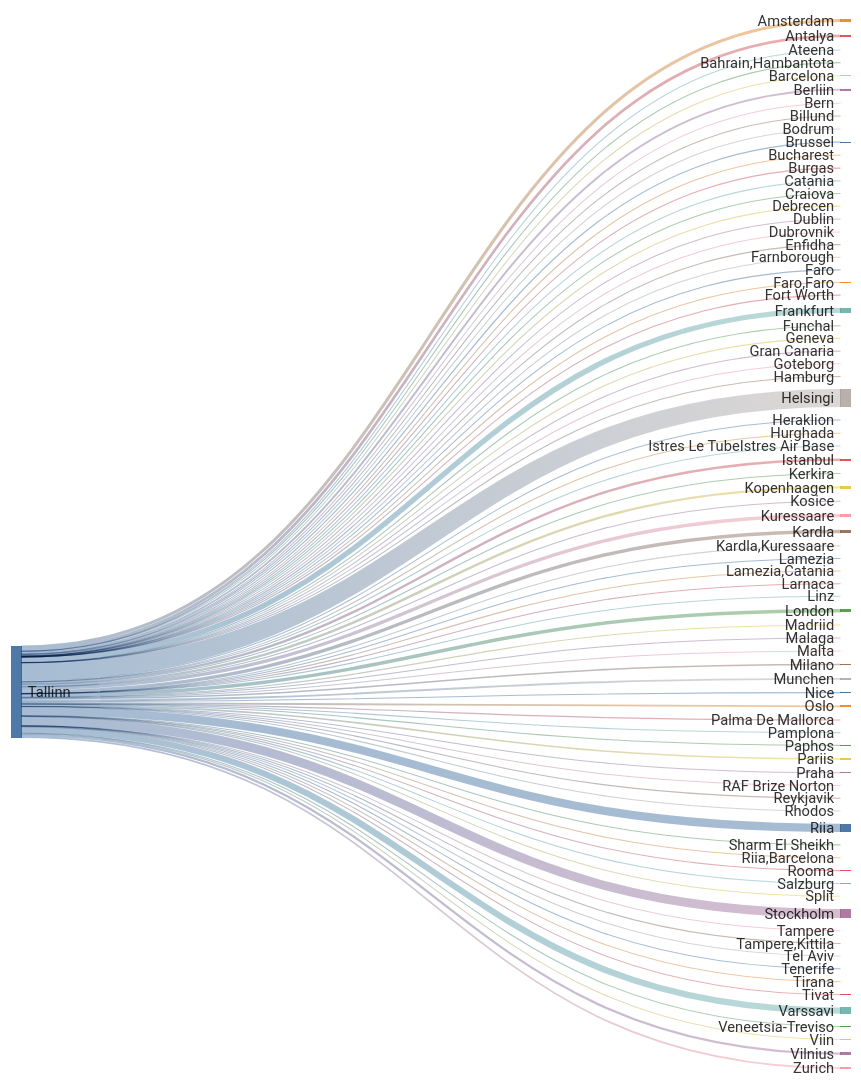
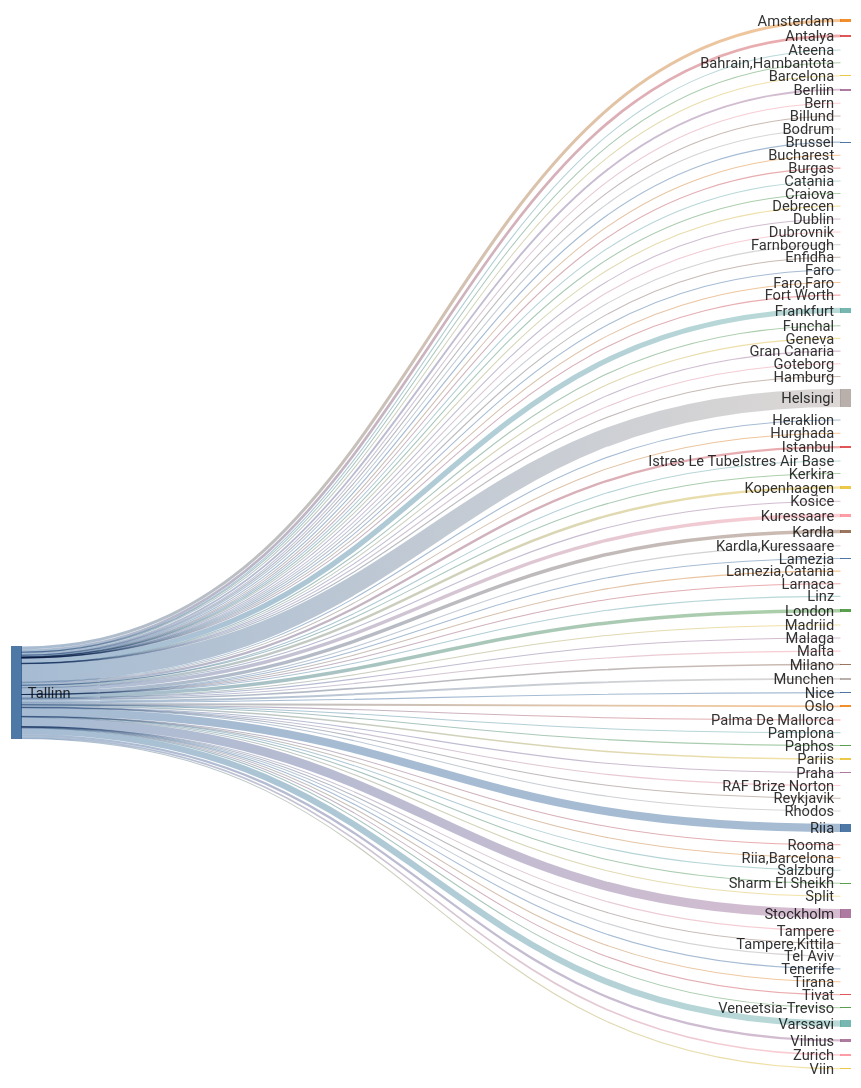
One commit to rainermesi/tll-airport-departures changed the second of 2 diagrams in README.md. Above: the diagram before and after it, drawn with Mermaid. The commit also changed other lines of this file and 1 other file, not shown here.

````diff
--- a/README.md
+++ b/README.md
@@ -41,16 +41,16 @@
 ---
 sankey-beta
 %% source,target,value
-Tallinn,Amsterdam,541
-Tallinn,Antalya,488
+Tallinn,Amsterdam,543
+Tallinn,Antalya,491
 Tallinn,Ateena,16
 Tallinn,"Bahrain,Hambantota",1
-Tallinn,Barcelona,151
+Tallinn,Barcelona,153
 Tallinn,Berliin,340
 Tallinn,Bern,1
-Tallinn,Billund,85
+Tallinn,Billund,86
 Tallinn,Bodrum,12
-Tallinn,Brussel,208
+Tallinn,Brussel,209
 Tallinn,Bucharest,1
 Tallinn,Burgas,67
 Tallinn,Catania,2
@@ -63,30 +63,30 @@
 Tallinn,Faro,4
 Tallinn,"Faro,Faro",1
 Tallinn,Fort Worth,1
-Tallinn,Frankfurt,960
+Tallinn,Frankfurt,963
 Tallinn,Funchal,6
 Tallinn,Geneva,13
 Tallinn,Gran Canaria,38
 Tallinn,Goteborg,2
 Tallinn,Hamburg,2
-Tallinn,Helsingi,3225
-Tallinn,Heraklion,117
+Tallinn,Helsingi,3235
+Tallinn,Heraklion,118
 Tallinn,Hurghada,75
-Tallinn,Istanbul,419
+Tallinn,Istanbul,420
 Tallinn,Istres Le TubeIstres Air Base,2
 Tallinn,Kerkira,4
-Tallinn,Kopenhaagen,441
+Tallinn,Kopenhaagen,443
 Tallinn,Kosice,1
-Tallinn,Kuressaare,610
-Tallinn,Kardla,612
+Tallinn,Kuressaare,612
+Tallinn,Kardla,614
 Tallinn,"Kardla,Kuressaare",1
 Tallinn,Lamezia,2
 Tallinn,"Lamezia,Catania",3
 Tallinn,Larnaca,5
 Tallinn,Linz,2
-Tallinn,London,623
+Tallinn,London,625
 Tallinn,Madriid,4
-Tallinn,Malaga,131
+Tallinn,Malaga,132
 Tallinn,Malta,33
 Tallinn,Milano,280
 Tallinn,Munchen,339
@@ -100,24 +100,24 @@
 Tallinn,RAF Brize Norton,1
 Tallinn,Reykjavik,20
 Tallinn,Rhodos,68
-Tallinn,Riia,1458
+Tallinn,Riia,1463
 Tallinn,"Riia,Barcelona",1
 Tallinn,Rooma,80
 Tallinn,Salzburg,14
 Tallinn,Sharm El Sheikh,109
 Tallinn,Split,61
-Tallinn,Stockholm,1605
+Tallinn,Stockholm,1611
 Tallinn,Tampere,17
 Tallinn,"Tampere,Kittila",21
 Tallinn,Tel Aviv,2
 Tallinn,Tenerife,58
 Tallinn,Tirana,41
 Tallinn,Tivat,77
-Tallinn,Varssavi,1116
+Tallinn,Varssavi,1119
 Tallinn,Veneetsia-Treviso,67
 Tallinn,Viin,106
-Tallinn,Vilnius,406
-Tallinn,Zurich,289
+Tallinn,Vilnius,407
+Tallinn,Zurich,290
 
 
 ```
````
